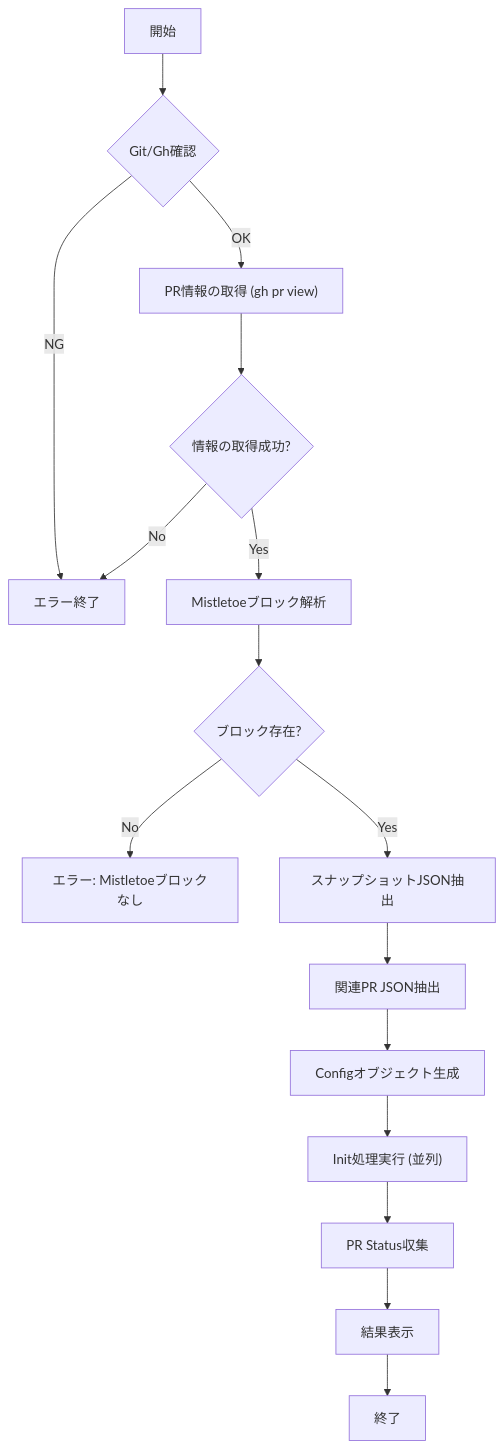
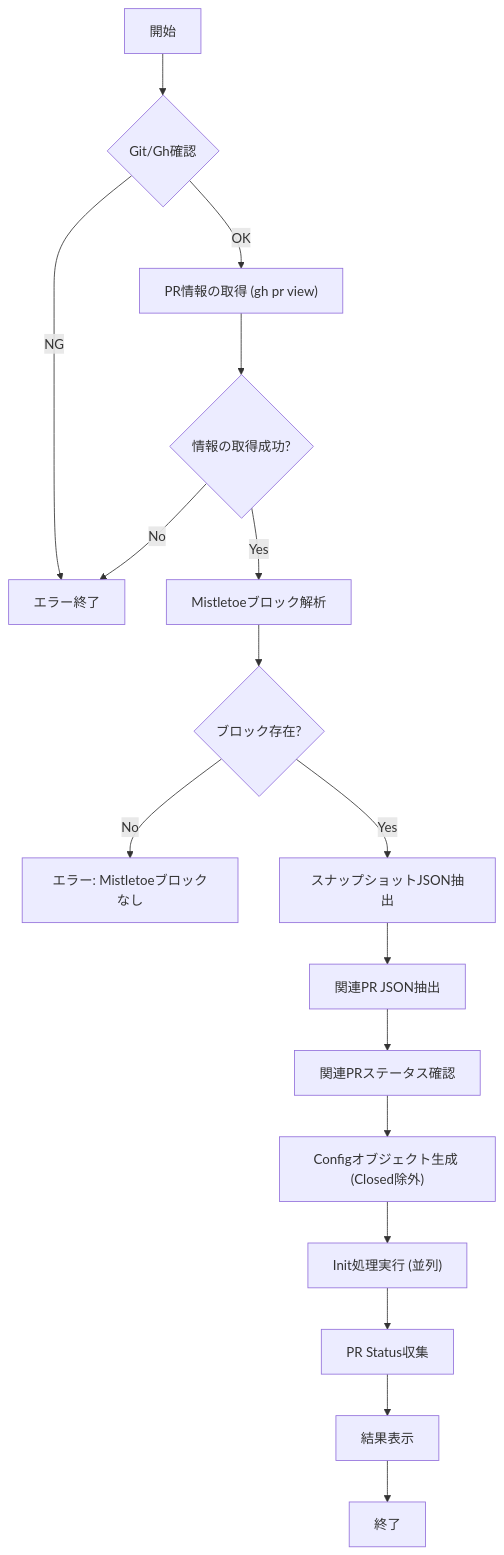
The diagram in docs/internal/app/pr_checkout.md (keiji/mistletoe), drawn with Mermaid before and after one commit. The commit also changed other lines of this file and 2 other files, not shown here.

First line of the commit message:
pr checkout: Filter related PRs by Open/Draft status

````diff
--- a/docs/internal/app/pr_checkout.md
+++ b/docs/internal/app/pr_checkout.md
@@ -43,18 +47,19 @@
 ```mermaid
 flowchart TD
     Start["開始"] --> CheckEnv{"Git/Gh確認"}
     CheckEnv -- NG --> ErrorEnv["エラー終了"]
     CheckEnv -- OK --> GetPRInfo["PR情報の取得 (gh pr view)"]
     GetPRInfo --> CheckInfo{"情報の取得成功?"}
     CheckInfo -- No --> ErrorEnv
     CheckInfo -- Yes --> ParseBlock["Mistletoeブロック解析"]
     ParseBlock --> CheckBlock{"ブロック存在?"}
     CheckBlock -- No --> ErrorBlock["エラー: Mistletoeブロックなし"]
     CheckBlock -- Yes --> ExtractSnap["スナップショットJSON抽出"]
     ExtractSnap --> ExtractRel["関連PR JSON抽出"]
-    ExtractRel --> CreateConfig["Configオブジェクト生成"]
-    CreateConfig --> ExecInit["Init処理実行 (並列)"]
+    ExtractRel --> CheckRelStatus["関連PRステータス確認"]
+    CheckRelStatus --> FilterConfig["Configオブジェクト生成 (Closed除外)"]
+    FilterConfig --> ExecInit["Init処理実行 (並列)"]
     ExecInit --> CollectStatus["PR Status収集"]
     CollectStatus --> ShowResult["結果表示"]
     ShowResult --> End["終了"]
 ```
````
